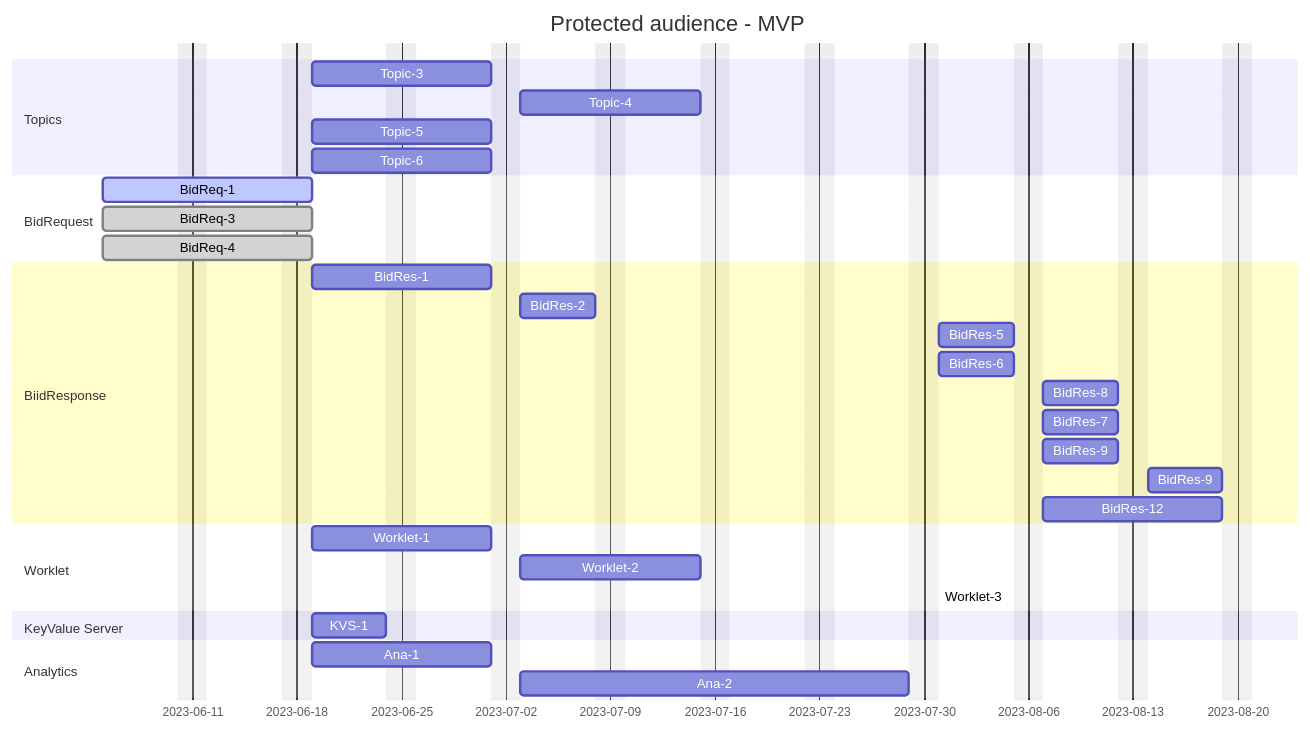
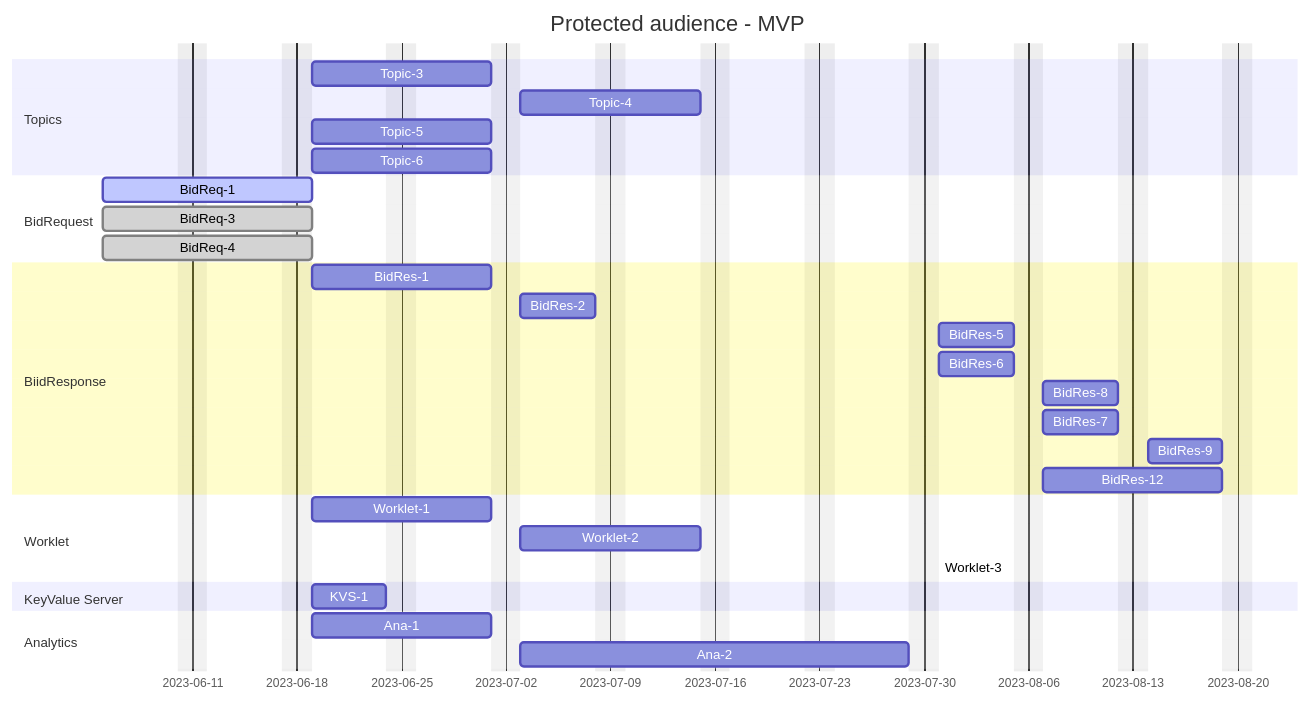
One commit to pm-harshad-mane/Diagrams changed the diagram in PM-PA-API/MVP.md. Above: the diagram before and after it, drawn with Mermaid.

````diff
--- a/PM-PA-API/MVP.md
+++ b/PM-PA-API/MVP.md
@@ -1,46 +1,45 @@
 ```mermaid
 gantt
     dateFormat  YYYY-MM-DD
     title       Protected audience - MVP
     excludes    weekends
     %% (`excludes` accepts specific dates in YYYY-MM-DD format, days of the week ("sunday") or "weekends", but not the word "weekdays".)
 
     section Topics
     Topic-3               :  des2, 2023-06-19, 10d
     Topic-4               :         des3, after des2, 10d
     Topic-5              :         des4, 2023-06-19, 10d
     Topic-6              :         des4, 2023-06-19, 10d
 
     section BidRequest
     BidReq-1               :active,  t1, 2023-06-05,2023-06-19
     BidReq-3               :done,  t2, 2023-06-05,2023-06-19
     BidReq-4               :done,  t3, 2023-06-05,2023-06-19
     
 
     section BiidResponse
     BidRes-1               :  t1, 2023-06-19, 10d
     BidRes-2               : t2, after t1, 5d
     BidRes-5               : t3, after t2, 5d
     BidRes-6               : t4, after t3, 5d
     BidRes-8               : t5, after t4, 5d
     BidRes-7               : t6, after t4, 5d
-    BidRes-9               : t7, after t4, 5d
-    BidRes-9               : t8, after t7, 5d
+    BidRes-9               : t8, after t6, 5d
     BidRes-12               : t9, after t4, 10d
     
     section Worklet
     Worklet-1               :  t1, 2023-06-19, 10d
     Worklet-2               :  t2, after t1, 10d
     Worklet-3               :  t3, after t2, 10
     
     section KeyValue Server    
     KVS-1               :  t1, 2023-06-19, 5d
     
     section Auctin Config Signals
     
 
     section Analytics
     Ana-1               :  t1, 2023-06-19, 10d
     Ana-2               :  t2, after t1, 20d
     
 ```
````
